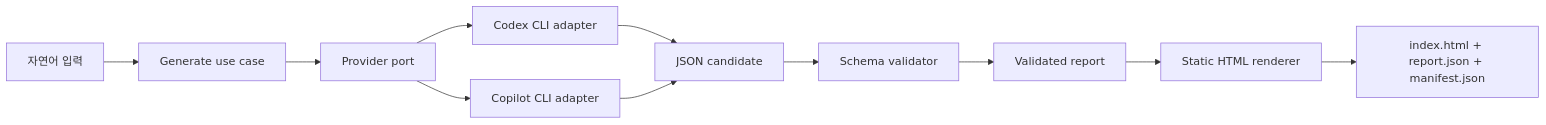
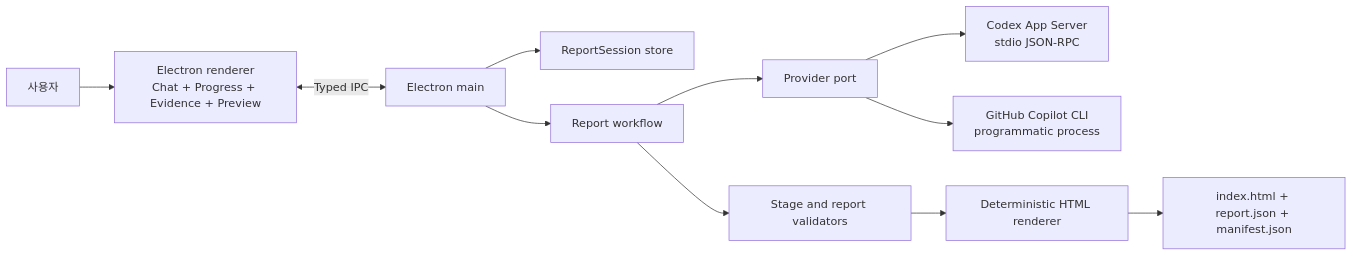
Before and after one commit to SWBaek/Report-Gen: the diagram in docs/ARCHITECTURE.md, drawn with Mermaid. The commit also changed other lines of this file and 3 other files, not shown here.

Commit message:
docs: adopt desktop report application architecture

````diff
--- a/docs/ARCHITECTURE.md
+++ b/docs/ARCHITECTURE.md
@@ -35,13 +40,13 @@
 ```mermaid
 flowchart LR
-    Input[자연어 입력] --> App[Generate use case]
-    App --> Provider[Provider port]
-    Provider --> Codex[Codex CLI adapter]
-    Provider --> Copilot[Copilot CLI adapter]
-    Codex --> Candidate[JSON candidate]
-    Copilot --> Candidate
-    Candidate --> Validator[Schema validator]
-    Validator --> Report[Validated report]
-    Report --> Renderer[Static HTML renderer]
+    User[사용자] --> UI[Electron renderer\nChat + Progress + Evidence + Preview]
+    UI <-->|Typed IPC| Main[Electron main]
+    Main --> Session[ReportSession store]
+    Main --> Workflow[Report workflow]
+    Workflow --> Providers[Provider port]
+    Providers --> Codex[Codex App Server\nstdio JSON-RPC]
+    Providers --> Copilot[GitHub Copilot CLI\nprogrammatic process]
+    Workflow --> Validator[Stage and report validators]
+    Validator --> Renderer[Deterministic HTML renderer]
     Renderer --> Artifacts[index.html + report.json + manifest.json]
 ```
````
